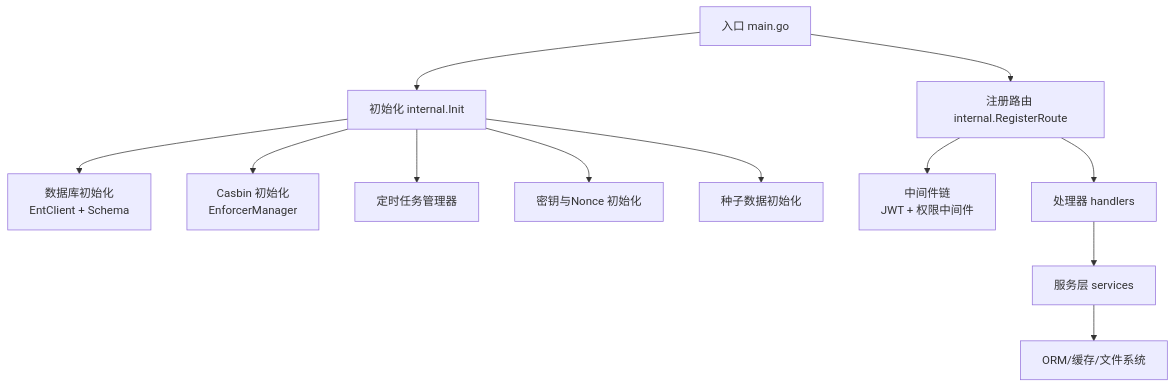
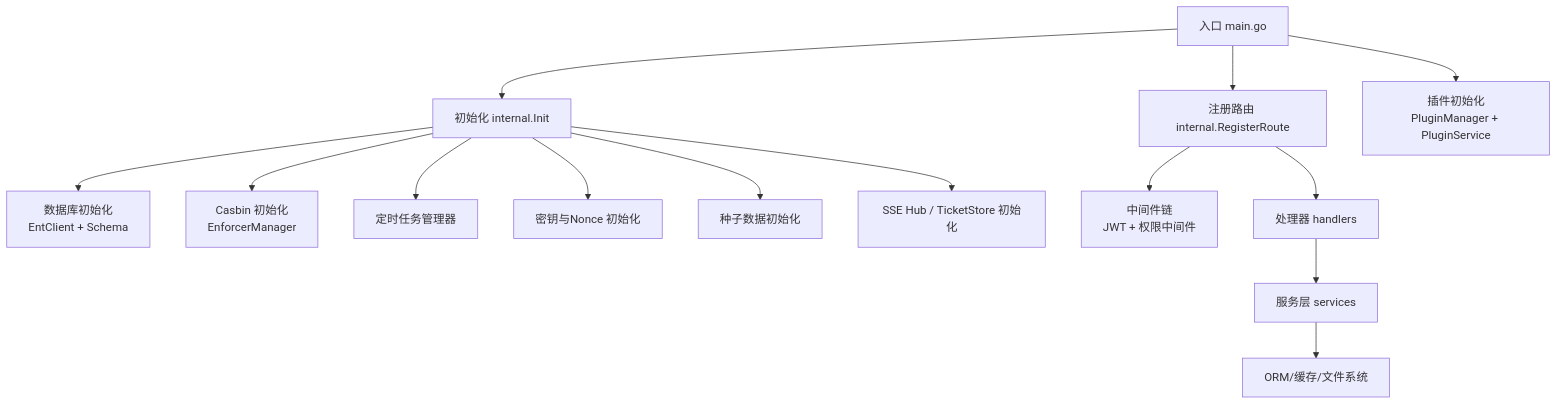
One commit to wuwuseo/e-sports-go-admin changed the first of 8 diagrams in .qoder/repowiki/zh/content/开发指南/开发指南.md. Above: the diagram before and after it, drawn with Mermaid. The commit also changed other lines of this file and 42 other files, not shown here.

````diff
--- a/.qoder/repowiki/zh/content/开发指南/开发指南.md
+++ b/.qoder/repowiki/zh/content/开发指南/开发指南.md
@@ -44,14 +46,16 @@
 ```mermaid
 graph TB
 A["入口 main.go"] --> B["初始化 internal.Init"]
 B --> C["数据库初始化<br/>EntClient + Schema"]
 B --> D["Casbin 初始化<br/>EnforcerManager"]
 B --> E["定时任务管理器"]
 B --> F["密钥与Nonce 初始化"]
 B --> G["种子数据初始化"]
-A --> H["注册路由 internal.RegisterRoute"]
-H --> I["中间件链<br/>JWT + 权限中间件"]
-H --> J["处理器 handlers"]
-J --> K["服务层 services"]
-K --> L["ORM/缓存/文件系统"]
+B --> H["SSE Hub / TicketStore 初始化"]
+A --> I["注册路由 internal.RegisterRoute"]
+I --> J["中间件链<br/>JWT + 权限中间件"]
+I --> K["处理器 handlers"]
+K --> L["服务层 services"]
+L --> M["ORM/缓存/文件系统"]
+A --> N["插件初始化<br/>PluginManager + PluginService"]
 ```
````
